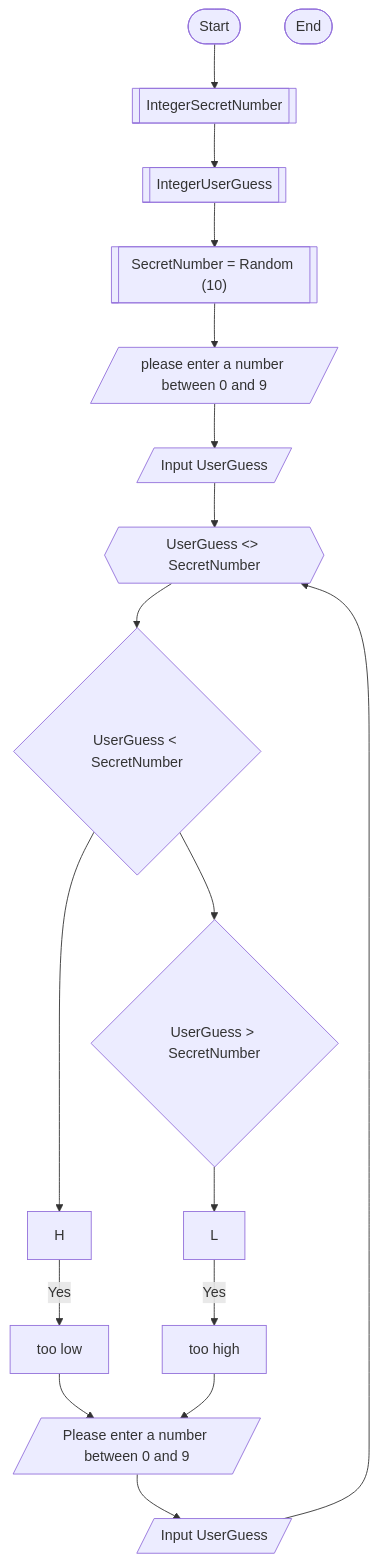
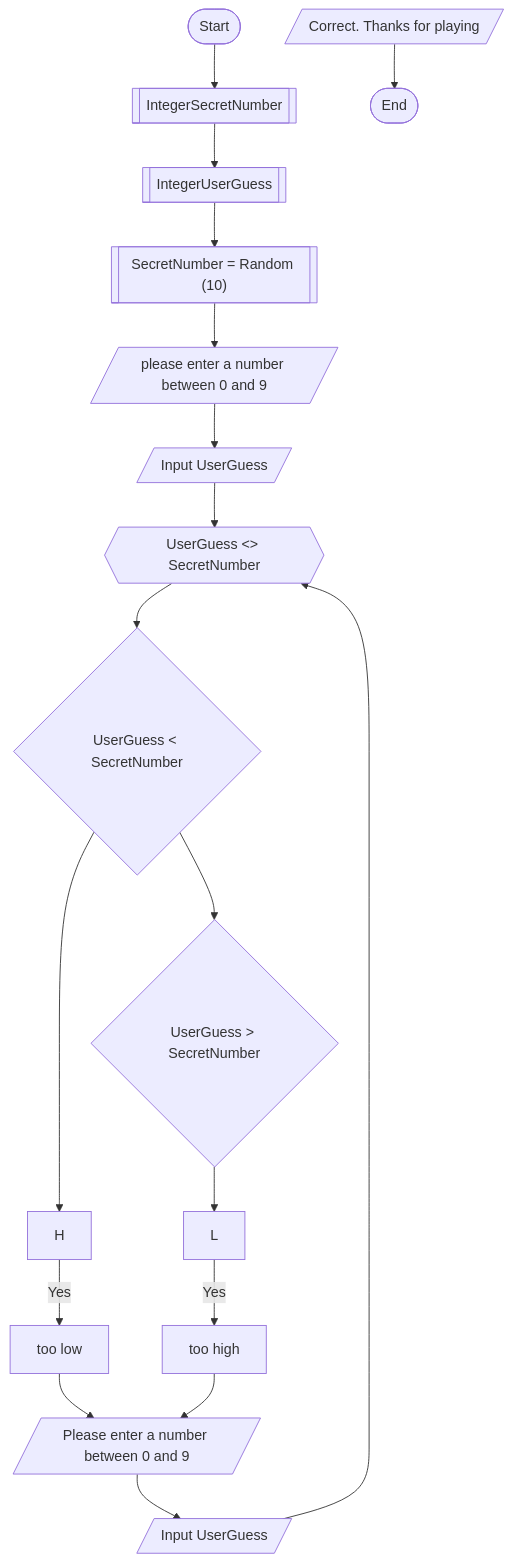
Before and after one commit to njedwards1872/njedwards1872.github.io: the diagram in Guessing.md, drawn with Mermaid.

````diff
--- a/Guessing.md
+++ b/Guessing.md
@@ -1,17 +1,18 @@
 ```mermaid
 flowchart TD
  Start([Start]) --> 
     A@{ shape: subproc, label: "IntegerSecretNumber" } -->
     B@{ shape: subproc, label: "IntegerUserGuess" } -->
     C@{ shape: subproc, label: "SecretNumber = Random (10)" } --> 
     D@{ shape: lean-r, label: "please enter a number between 0 and 9" } -->
     E@{ shape: lean-r, label: "Input UserGuess" } -->
     F@{ shape: hex, label: "UserGuess <> SecretNumber" } -->  G{"UserGuess < SecretNumber"} -->
     H -- Yes --> I["too low"] -->N
     G{"UserGuess < SecretNumber"} -->K{"UserGuess > SecretNumber"} -->
     L -- Yes --> M["too high"] -->N
    
     N@{ shape: lean-r, label: "Please enter a number between 0 and 9" } --> O@{ shape: lean-r, label: "Input UserGuess" } -->F
+    P@{ shape: lean-r, label: "Correct. Thanks for playing" } -->
 
  End([End])
 ```
````
